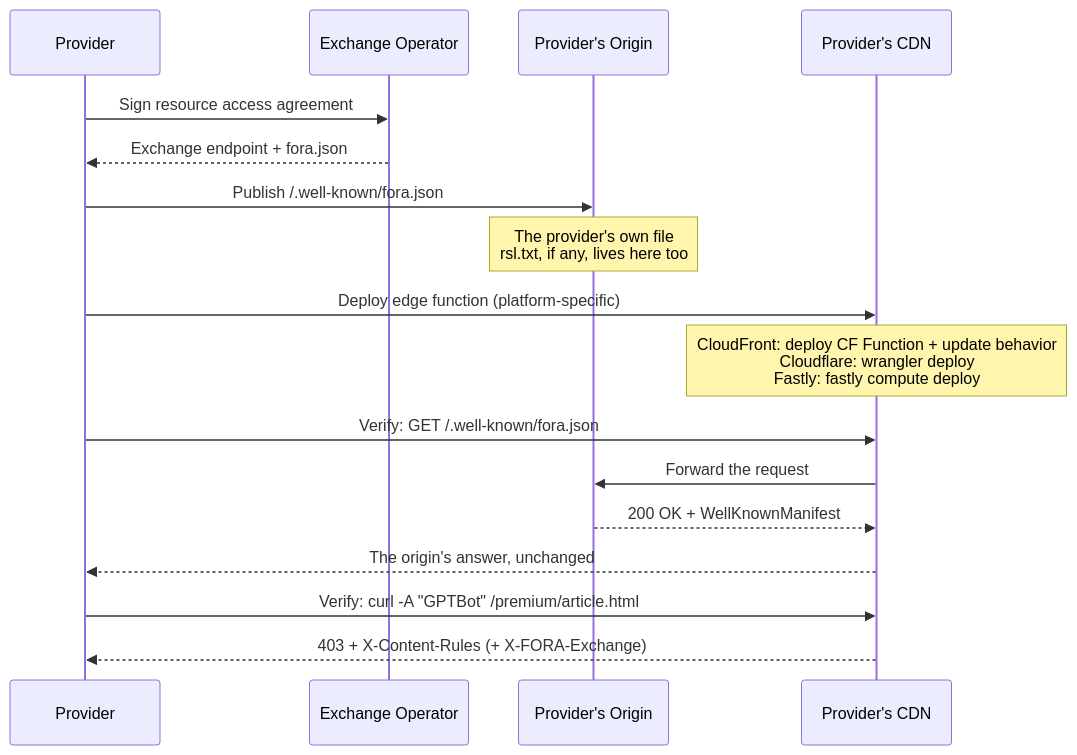
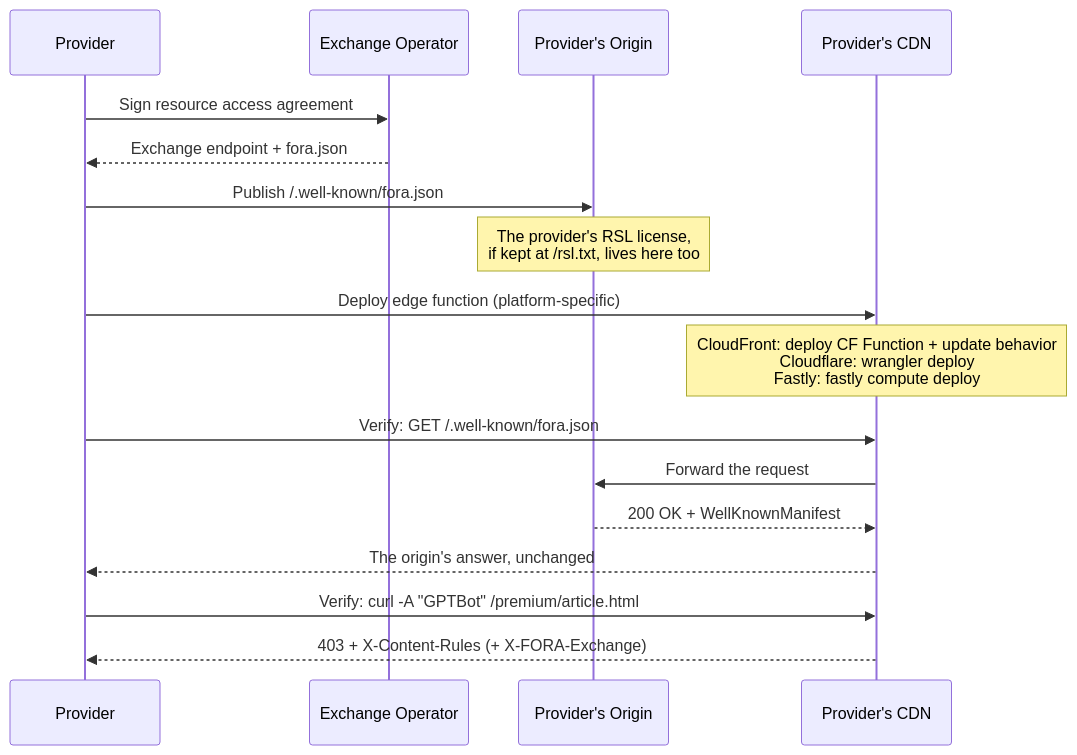
The first of 2 diagrams in website/src/content/docs/components/edge-function/deployment.mdx (FORA-Protocol/protocol), drawn with Mermaid before and after one commit. The commit also changed other lines of this file and 6 other files, not shown here.

Commit message:
Keep the component pages to the file-name fix, with example domains and the license kept at /rsl.txt

````diff
--- a/website/src/content/docs/components/edge-function/deployment.mdx
+++ b/website/src/content/docs/components/edge-function/deployment.mdx
@@ -10,24 +10,24 @@
 ```mermaid
 sequenceDiagram
     participant Provider as Provider
     participant MO as Exchange Operator
     participant Origin as Provider's Origin
     participant CDN as Provider's CDN
 
     Provider->>MO: Sign resource access agreement
     MO-->>Provider: Exchange endpoint + fora.json
 
     Provider->>Origin: Publish /.well-known/fora.json
-    Note over Origin: The provider's own file<br/>rsl.txt, if any, lives here too
+    Note over Origin: The provider's RSL license,<br/>if kept at /rsl.txt, lives here too
 
     Provider->>CDN: Deploy edge function (platform-specific)
     Note over CDN: CloudFront: deploy CF Function + update behavior<br/>Cloudflare: wrangler deploy<br/>Fastly: fastly compute deploy
 
     Provider->>CDN: Verify: GET /.well-known/fora.json
     CDN->>Origin: Forward the request
     Origin-->>CDN: 200 OK + WellKnownManifest
     CDN-->>Provider: The origin's answer, unchanged
 
     Provider->>CDN: Verify: curl -A "GPTBot" /premium/article.html
     CDN-->>Provider: 403 + X-Content-Rules (+ X-FORA-Exchange)
 ```
````
